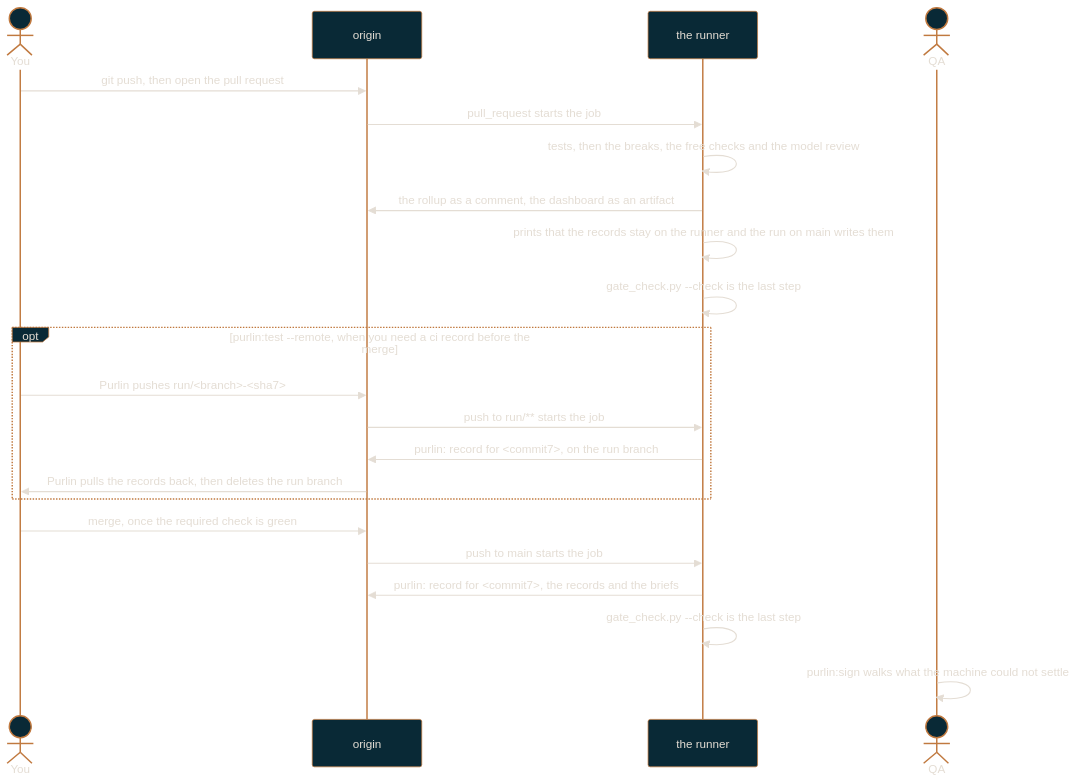
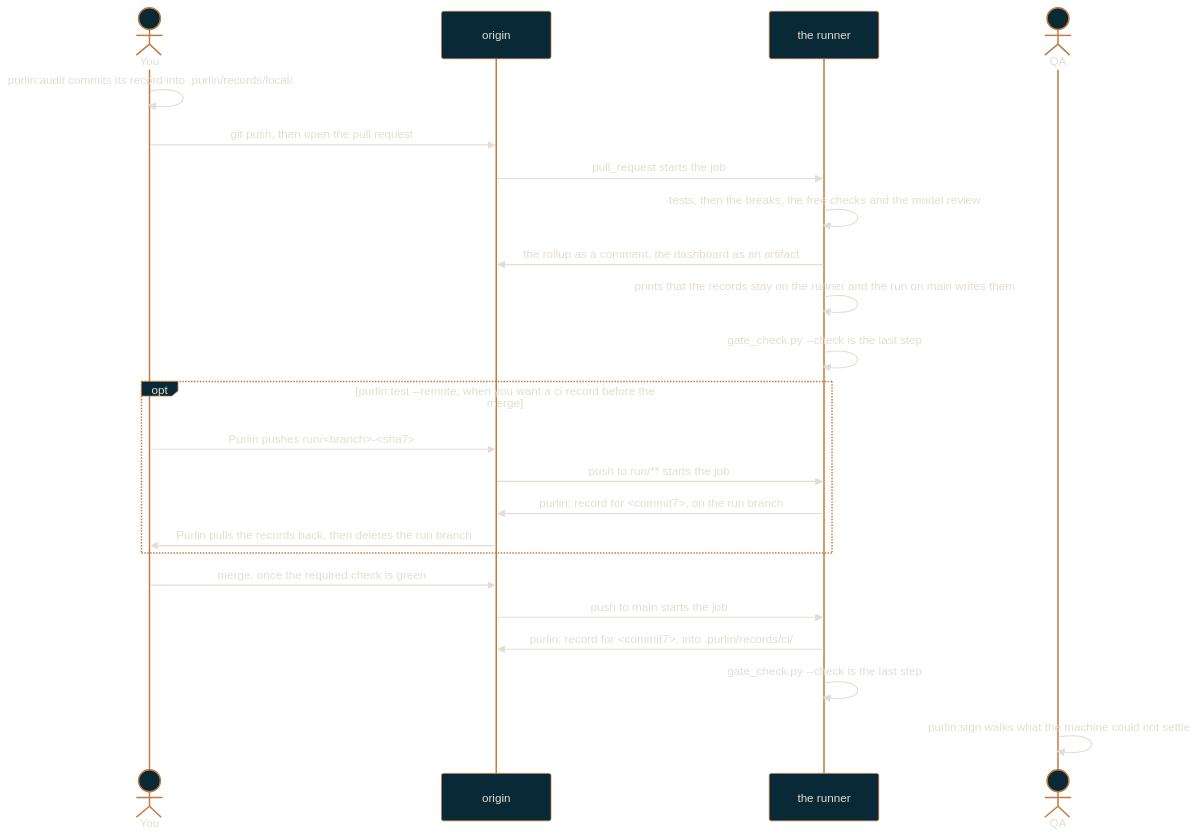
Before and after one commit to rlabarca/purlin: the diagram in docs/team-workflow.md, drawn with Mermaid. The commit also changed other lines of this file and 9 other files, not shown here.

````diff
--- a/docs/team-workflow.md
+++ b/docs/team-workflow.md
@@ -38,25 +37,26 @@
 ```mermaid
 %%{init: {"theme": "base", "themeVariables": {"background": "#0C3444", "primaryColor": "#092936", "primaryTextColor": "#E4DDD4", "primaryBorderColor": "#C0793F", "lineColor": "#C0793F", "secondaryColor": "#0C3444", "tertiaryColor": "#092936", "fontFamily": "Arial", "textColor": "#E4DDD4"}}}%%
 sequenceDiagram
     actor You
     participant Origin as origin
     participant CI as the runner
     actor QA
+    You->>You: purlin:audit commits its record into .purlin/records/local/
     You->>Origin: git push, then open the pull request
     Origin->>CI: pull_request starts the job
     CI->>CI: tests, then the breaks, the free checks and the model review
     CI->>Origin: the rollup as a comment, the dashboard as an artifact
     CI->>CI: prints that the records stay on the runner and the run on main writes them
     CI->>CI: gate_check.py --check is the last step
-    opt purlin:test --remote, when you need a ci record before the merge
+    opt purlin:test --remote, when you want a ci record before the merge
         You->>Origin: Purlin pushes run/<branch>-<sha7>
         Origin->>CI: push to run/** starts the job
         CI->>Origin: purlin: record for <commit7>, on the run branch
         Origin->>You: Purlin pulls the records back, then deletes the run branch
     end
     You->>Origin: merge, once the required check is green
     Origin->>CI: push to main starts the job
-    CI->>Origin: purlin: record for <commit7>, the records and the briefs
+    CI->>Origin: purlin: record for <commit7>, into .purlin/records/ci/
     CI->>CI: gate_check.py --check is the last step
     QA->>QA: purlin:sign walks what the machine could not settle
 ```
````
